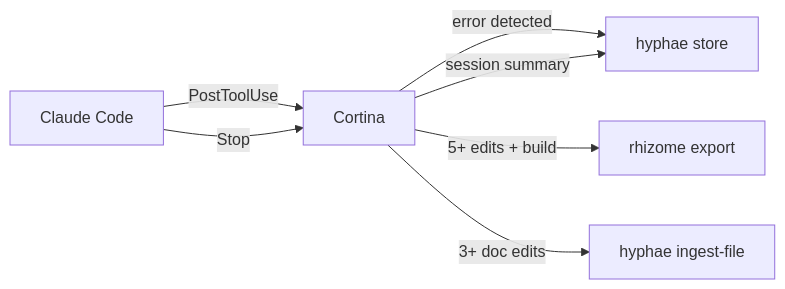
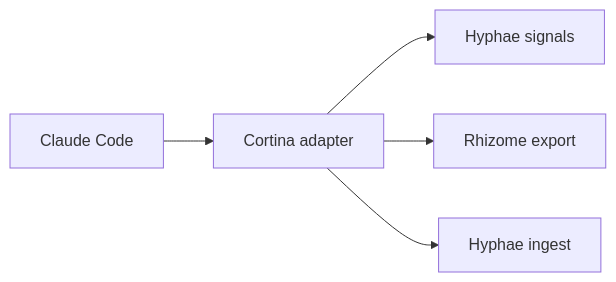
Before and after one commit to basidiocarp/.github: the seventh of 8 diagrams in docs/INTEGRATION.md, drawn with Mermaid. The commit also changed other lines of this file and 1 other file, not shown here.

Commit message:
docs: simplify basidiocarp diagrams

````diff
--- a/docs/INTEGRATION.md
+++ b/docs/INTEGRATION.md
@@ -131,9 +131,7 @@
 ```mermaid
 flowchart LR
-    Claude["Claude Code"] -->|"PostToolUse"| Cortina["Cortina"]
-    Cortina -->|"error detected"| Store["hyphae store"]
-    Cortina -->|"5+ edits + build"| Export["rhizome export"]
-    Cortina -->|"3+ doc edits"| Ingest["hyphae ingest-file"]
-    Claude -->|"Stop"| Cortina
-    Cortina -->|"session summary"| Store
+    Claude["Claude Code"] --> Cortina["Cortina adapter"]
+    Cortina --> Store["Hyphae signals"]
+    Cortina --> Export["Rhizome export"]
+    Cortina --> Ingest["Hyphae ingest"]
 ```
````
